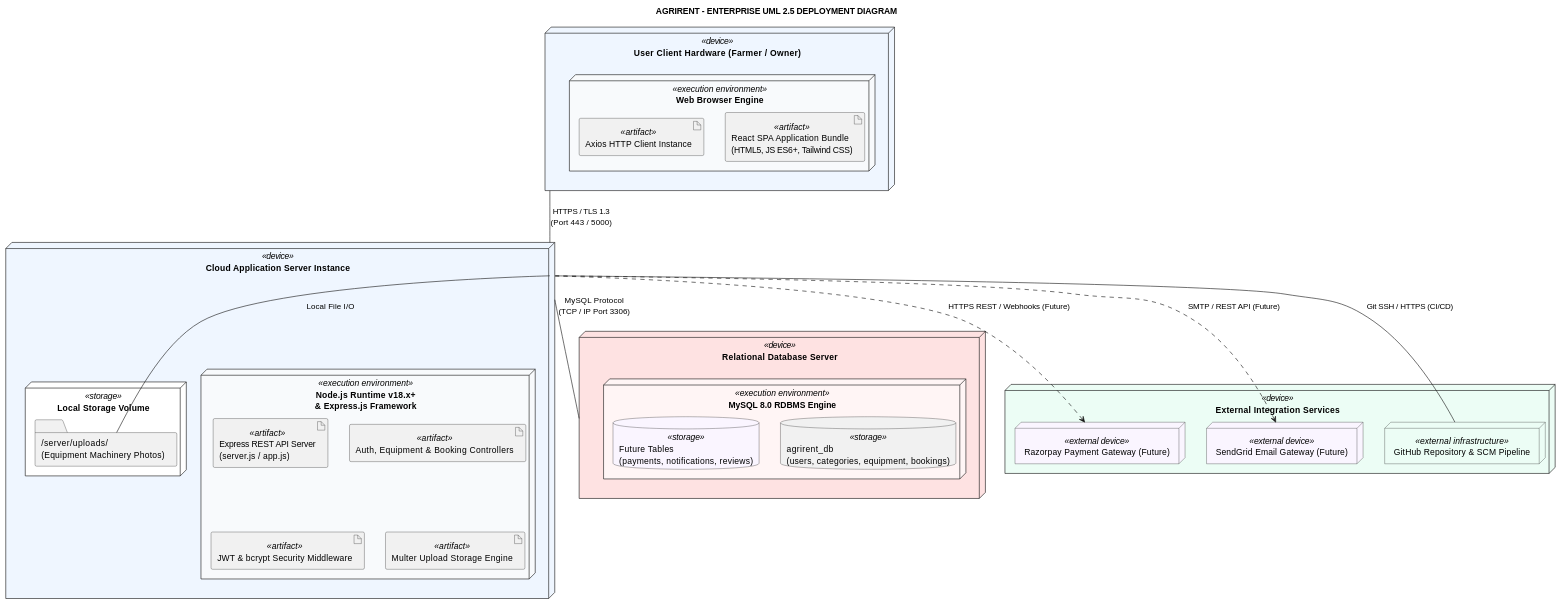
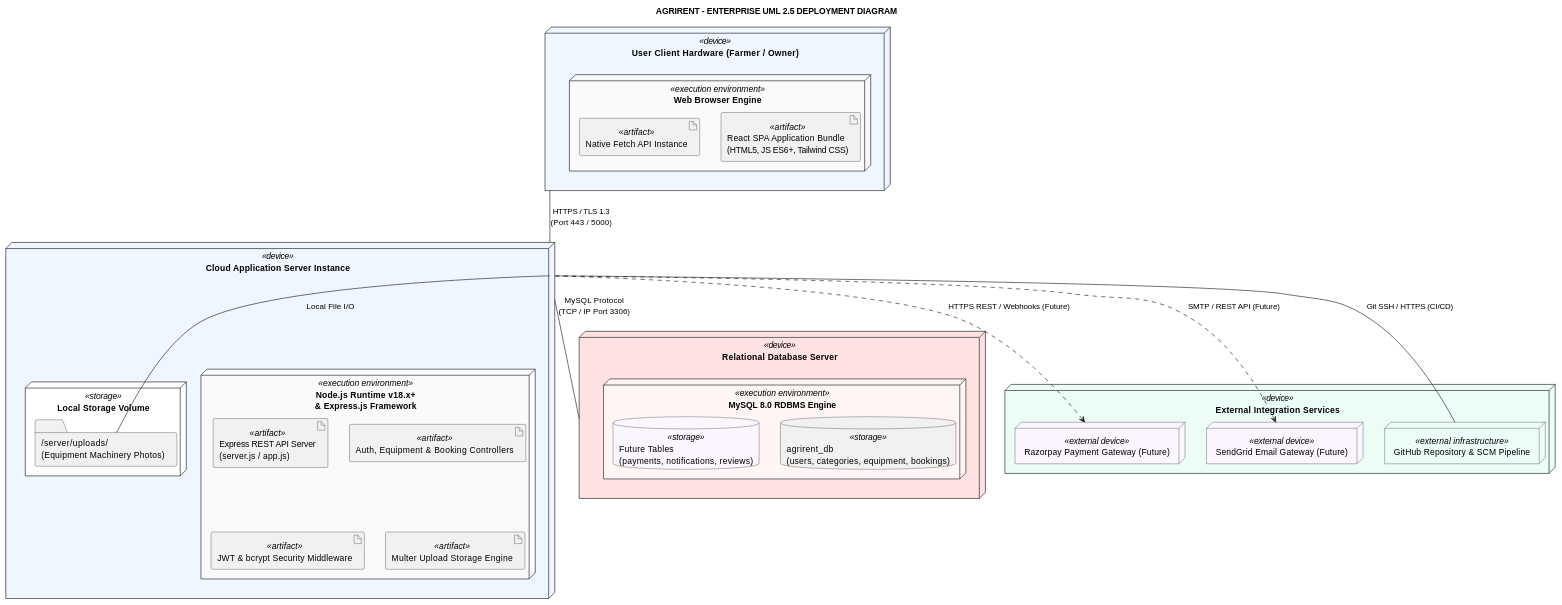
The diagram in docs/diagrams/11_deployment_diagram.md (smsanjay991-cell/Agricultural-Equipment-Rental-Marketplace), drawn with PlantUML before and after one commit. The commit also changed other lines of this file and 28 other files, not shown here.

````diff
--- a/docs/diagrams/11_deployment_diagram.md
+++ b/docs/diagrams/11_deployment_diagram.md
@@ -39,51 +39,51 @@
 ```plantuml
 @startuml AgriRent_Deployment_Diagram
 skinparam componentStyle uml2
 skinparam backgroundColor #FFFFFF
 skinparam packageStyle rectangle
 
 title AGRIRENT - ENTERPRISE UML 2.5 DEPLOYMENT DIAGRAM
 
 node "User Client Hardware (Farmer / Owner)" as ClientNode <<device>> #EFF6FF {
   node "Web Browser Engine" <<execution environment>> #F8FAFC {
     artifact "React SPA Application Bundle\n(HTML5, JS ES6+, Tailwind CSS)" as ReactArtifact <<artifact>>
-    artifact "Axios HTTP Client Instance" as AxiosArtifact <<artifact>>
+    artifact "Native Fetch API Instance" as FetchArtifact <<artifact>>
   }
 }
 
 node "Cloud Application Server Instance" as AppServer <<device>> #EFF6FF {
   node "Node.js Runtime v18.x+\n& Express.js Framework" <<execution environment>> #F8FAFC {
     artifact "Express REST API Server\n(server.js / app.js)" as ExpressArtifact <<artifact>>
     artifact "Auth, Equipment & Booking Controllers" as CtrlArtifact <<artifact>>
     artifact "JWT & bcrypt Security Middleware" as SecArtifact <<artifact>>
     artifact "Multer Upload Storage Engine" as MulterArtifact <<artifact>>
   }
   
   node "Local Storage Volume" <<storage>> #FFFFFF {
     folder "/server/uploads/\n(Equipment Machinery Photos)" as ImageStorage
   }
 }
 
 node "Relational Database Server" as DBServer <<device>> #FEE2E2 {
   node "MySQL 8.0 RDBMS Engine" <<execution environment>> #FFF5F5 {
     database "agrirent_db\n(users, categories, equipment, bookings)" as MySQLDatabase <<storage>>
     database "Future Tables\n(payments, notifications, reviews)" as FutureDB <<storage>> #FAF5FF
   }
 }
 
 node "External Integration Services" <<device>> #ECFDF5 {
   node "Razorpay Payment Gateway (Future)" as RazorpayNode <<external device>> #FAF5FF
   node "SendGrid Email Gateway (Future)" as EmailNode <<external device>> #FAF5FF
   node "GitHub Repository & SCM Pipeline" as GitHubNode <<external infrastructure>> #ECFDF5
 }
 
 ' Physical Communication Connections & Protocols
 ClientNode -- AppServer : HTTPS / TLS 1.3\n(Port 443 / 5000)
 AppServer -- DBServer : MySQL Protocol\n(TCP / IP Port 3306)
 AppServer -- ImageStorage : Local File I/O
 AppServer ..> RazorpayNode : HTTPS REST / Webhooks (Future)
 AppServer ..> EmailNode : SMTP / REST API (Future)
 AppServer -- GitHubNode : Git SSH / HTTPS (CI/CD)
 
 @enduml
 ```
````
